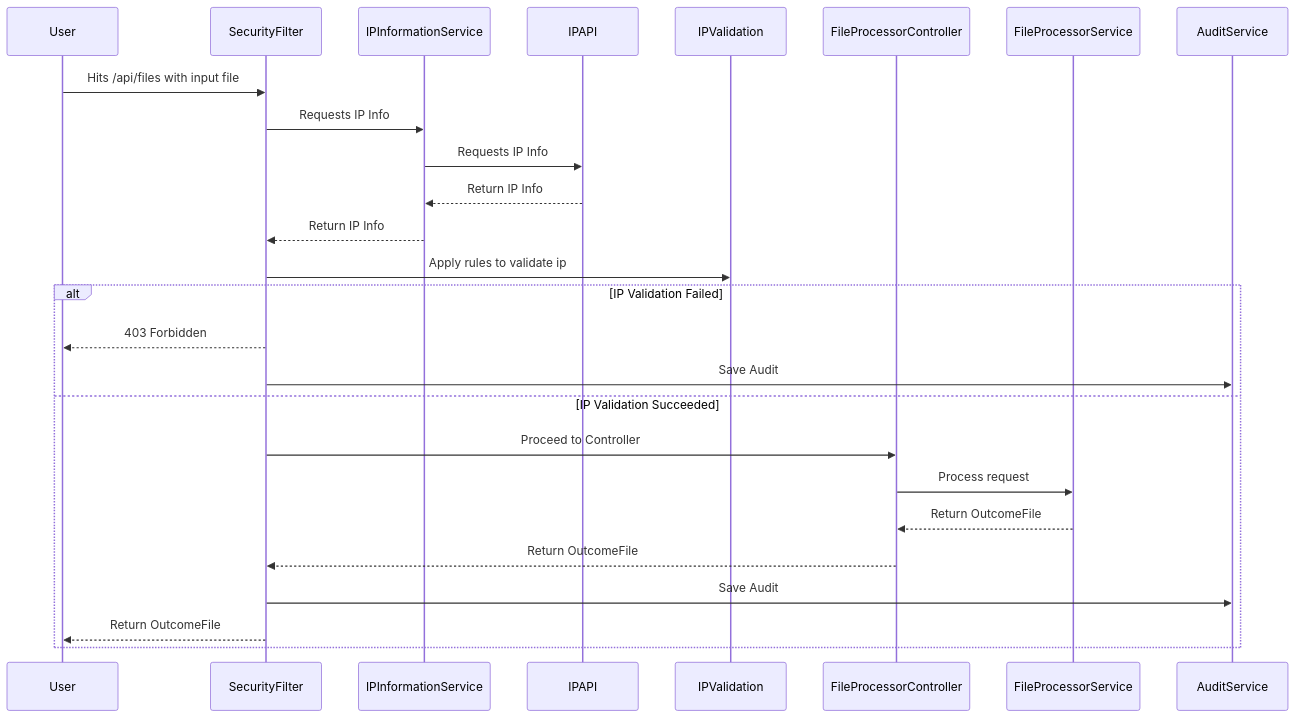
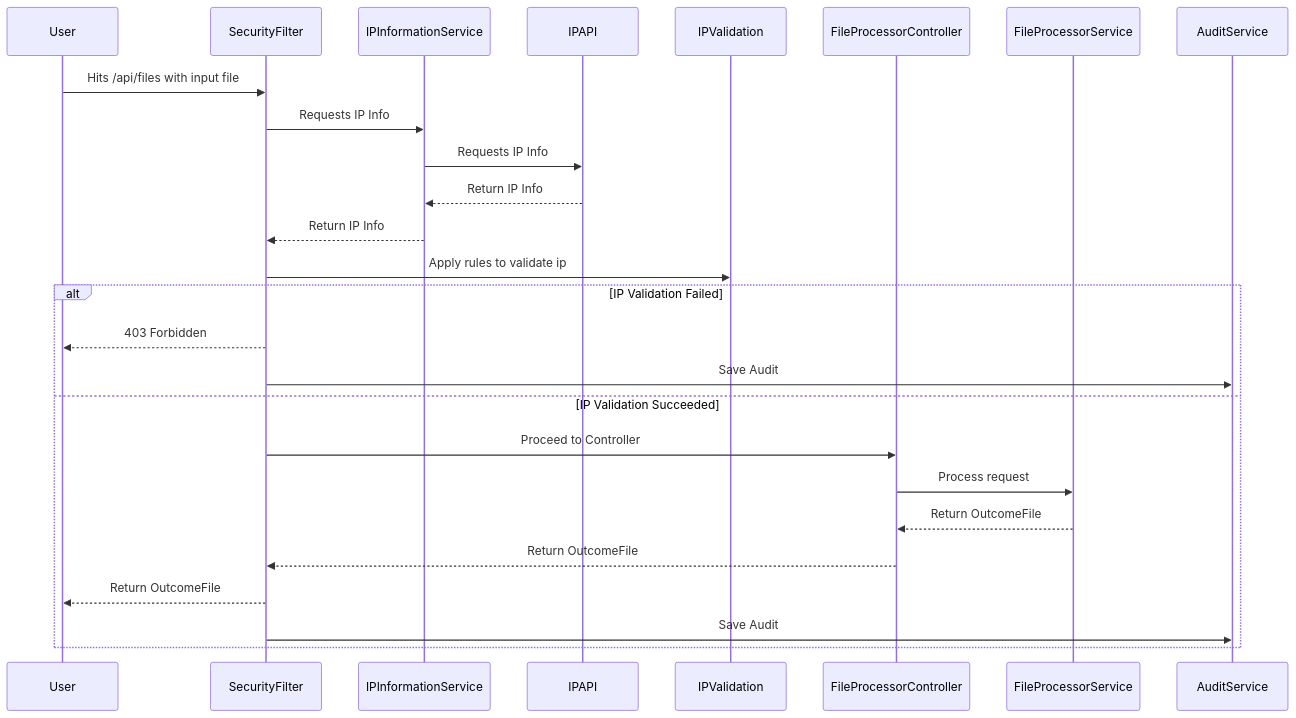
The diagram in README.md (skkcoder/assessment), drawn with Mermaid before and after one commit. The commit also changed other lines of this file, not shown here.

````diff
--- a/README.md
+++ b/README.md
@@ -30,28 +30,28 @@
 ```mermaid
 sequenceDiagram
    participant User
    participant SecurityFilter
    participant IPInformationService
    participant IPAPI
    participant IPValidation
    participant FileProcessorController
    participant FileProcessorService
    participant AuditService
       User->>SecurityFilter: Hits /api/files with input file
       SecurityFilter->>IPInformationService: Requests IP Info
       IPInformationService->>IPAPI: Requests IP Info
       IPAPI-->>IPInformationService: Return IP Info
       IPInformationService-->>SecurityFilter: Return IP Info
       SecurityFilter->>IPValidation: Apply rules to validate ip
       alt IP Validation Failed
          SecurityFilter-->>User: 403 Forbidden
          SecurityFilter->>AuditService: Save Audit
       else IP Validation Succeeded
          SecurityFilter->>FileProcessorController: Proceed to Controller
          FileProcessorController->>FileProcessorService: Process request
          FileProcessorService-->>FileProcessorController: Return OutcomeFile
          FileProcessorController-->>SecurityFilter: Return OutcomeFile
+         SecurityFilter-->>User: Return OutcomeFile
          SecurityFilter->>AuditService: Save Audit
-         SecurityFilter-->>User: Return OutcomeFile
       end
 ```
````
